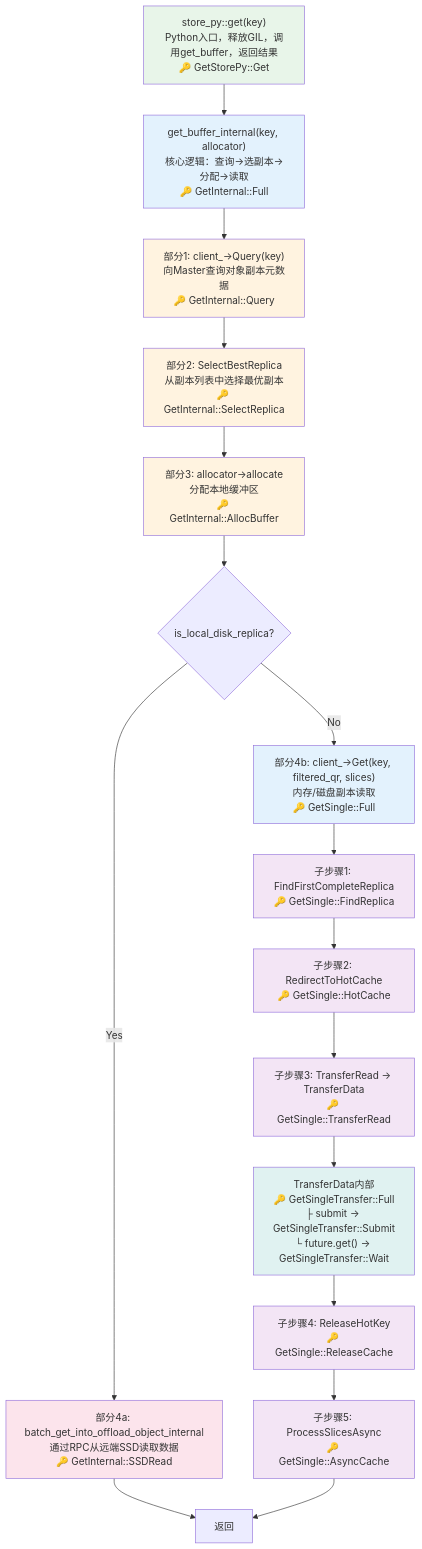
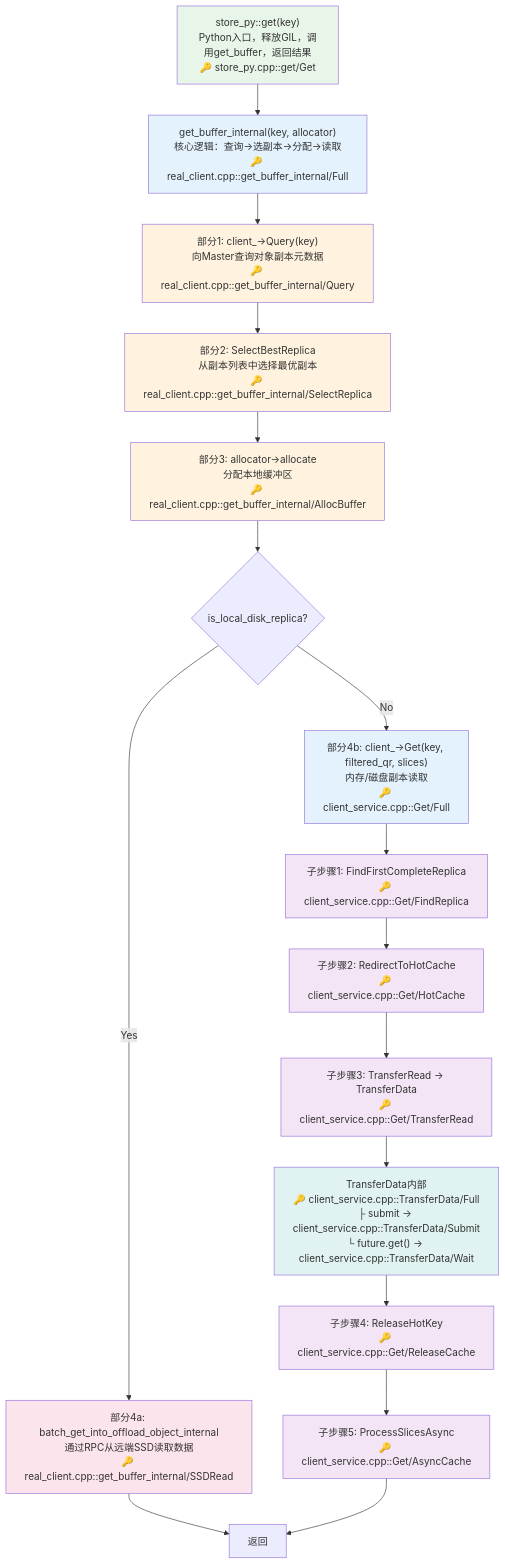
The first of 4 diagrams in docs/yh/pipline.md (LinQuickDev/Mooncake), drawn with Mermaid before and after one commit. The commit also changed other lines of this file and 5 other files, not shown here.

````diff
--- a/docs/yh/pipline.md
+++ b/docs/yh/pipline.md
@@ -5,37 +5,37 @@
 ```mermaid
 flowchart TB
-    Start["store_py::get(key)<br/>Python入口，释放GIL，调用get_buffer，返回结果<br/>🔑 GetStorePy::Get"] --> Internal["get_buffer_internal(key, allocator)<br/>核心逻辑：查询→选副本→分配→读取<br/>🔑 GetInternal::Full"]
+    Start["store_py::get(key)<br/>Python入口，释放GIL，调用get_buffer，返回结果<br/>🔑 store_py.cpp::get/Get"] --> Internal["get_buffer_internal(key, allocator)<br/>核心逻辑：查询→选副本→分配→读取<br/>🔑 real_client.cpp::get_buffer_internal/Full"]
 
-    Internal --> QueryPart["部分1: client_->Query(key)<br/>向Master查询对象副本元数据<br/>🔑 GetInternal::Query"]
-    QueryPart --> SelectPart["部分2: SelectBestReplica<br/>从副本列表中选择最优副本<br/>🔑 GetInternal::SelectReplica"]
-    SelectPart --> AllocPart["部分3: allocator->allocate<br/>分配本地缓冲区<br/>🔑 GetInternal::AllocBuffer"]
+    Internal --> QueryPart["部分1: client_->Query(key)<br/>向Master查询对象副本元数据<br/>🔑 real_client.cpp::get_buffer_internal/Query"]
+    QueryPart --> SelectPart["部分2: SelectBestReplica<br/>从副本列表中选择最优副本<br/>🔑 real_client.cpp::get_buffer_internal/SelectReplica"]
+    SelectPart --> AllocPart["部分3: allocator->allocate<br/>分配本地缓冲区<br/>🔑 real_client.cpp::get_buffer_internal/AllocBuffer"]
 
     AllocPart --> CheckDisk{is_local_disk_replica?}
 
-    CheckDisk -->|Yes| SSDPart["部分4a: batch_get_into_offload_object_internal<br/>通过RPC从远端SSD读取数据<br/>🔑 GetInternal::SSDRead"]
+    CheckDisk -->|Yes| SSDPart["部分4a: batch_get_into_offload_object_internal<br/>通过RPC从远端SSD读取数据<br/>🔑 real_client.cpp::get_buffer_internal/SSDRead"]
     SSDPart --> Done["返回"]
 
-    CheckDisk -->|No| ClientGetPart["部分4b: client_->Get(key, filtered_qr, slices)<br/>内存/磁盘副本读取<br/>🔑 GetSingle::Full"]
+    CheckDisk -->|No| ClientGetPart["部分4b: client_->Get(key, filtered_qr, slices)<br/>内存/磁盘副本读取<br/>🔑 client_service.cpp::Get/Full"]
 
-    ClientGetPart --> FindReplica["子步骤1: FindFirstCompleteReplica<br/>🔑 GetSingle::FindReplica"]
-    FindReplica --> HotCache["子步骤2: RedirectToHotCache<br/>🔑 GetSingle::HotCache"]
-    HotCache --> TransferRead["子步骤3: TransferRead → TransferData<br/>🔑 GetSingle::TransferRead"]
-    TransferRead --> TransferDetail["TransferData内部<br/>🔑 GetSingleTransfer::Full<br/>├ submit → GetSingleTransfer::Submit<br/>└ future.get() → GetSingleTransfer::Wait"]
-    TransferDetail --> ReleaseCache["子步骤4: ReleaseHotKey<br/>🔑 GetSingle::ReleaseCache"]
-    ReleaseCache --> AsyncUpdate["子步骤5: ProcessSlicesAsync<br/>🔑 GetSingle::AsyncCache"]
+    ClientGetPart --> FindReplica["子步骤1: FindFirstCompleteReplica<br/>🔑 client_service.cpp::Get/FindReplica"]
+    FindReplica --> HotCache["子步骤2: RedirectToHotCache<br/>🔑 client_service.cpp::Get/HotCache"]
+    HotCache --> TransferRead["子步骤3: TransferRead → TransferData<br/>🔑 client_service.cpp::Get/TransferRead"]
+    TransferRead --> TransferDetail["TransferData内部<br/>🔑 client_service.cpp::TransferData/Full<br/>├ submit → client_service.cpp::TransferData/Submit<br/>└ future.get() → client_service.cpp::TransferData/Wait"]
+    TransferDetail --> ReleaseCache["子步骤4: ReleaseHotKey<br/>🔑 client_service.cpp::Get/ReleaseCache"]
+    ReleaseCache --> AsyncUpdate["子步骤5: ProcessSlicesAsync<br/>🔑 client_service.cpp::Get/AsyncCache"]
     AsyncUpdate --> Done
 
     style Start fill:#e8f5e9
     style Internal fill:#e3f2fd
     style QueryPart fill:#fff3e0
     style SelectPart fill:#fff3e0
     style AllocPart fill:#fff3e0
     style SSDPart fill:#fce4ec
     style ClientGetPart fill:#e3f2fd
     style FindReplica fill:#f3e5f5
     style HotCache fill:#f3e5f5
     style TransferRead fill:#f3e5f5
     style TransferDetail fill:#e0f2f1
     style ReleaseCache fill:#f3e5f5
     style AsyncUpdate fill:#f3e5f5
 ```
````
